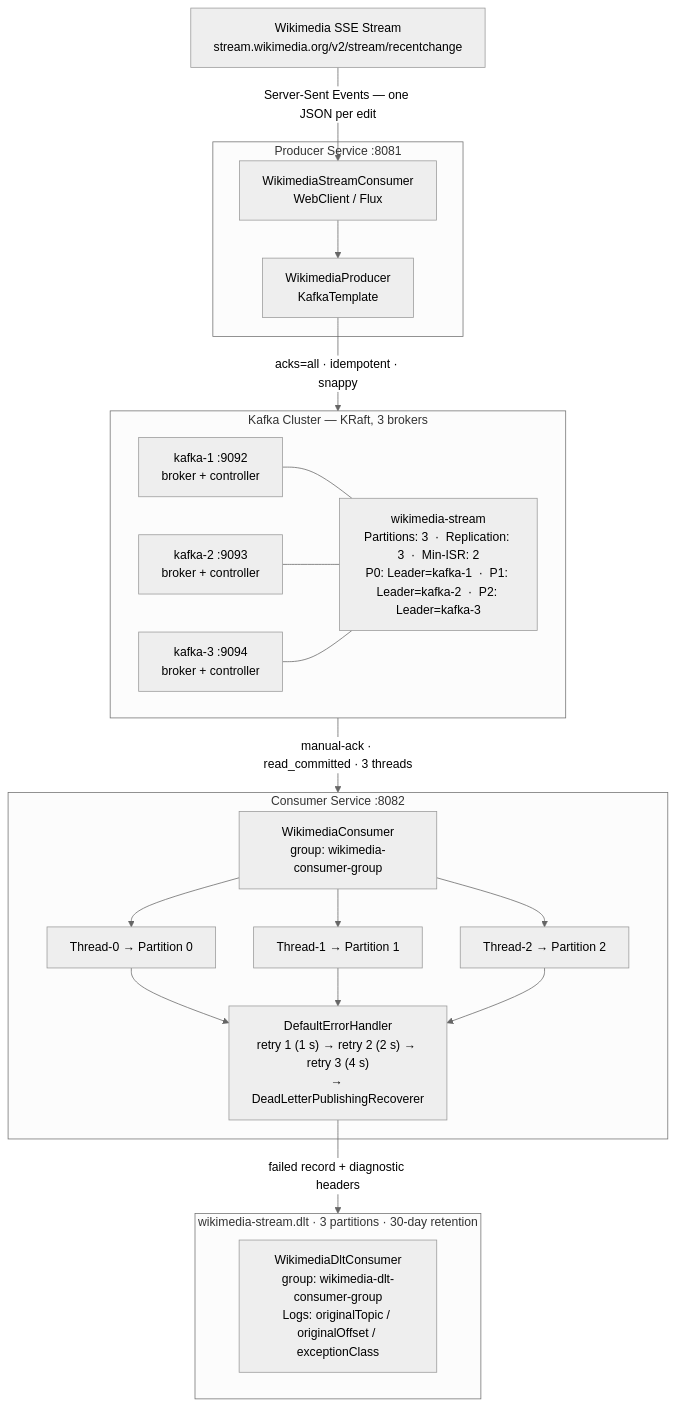
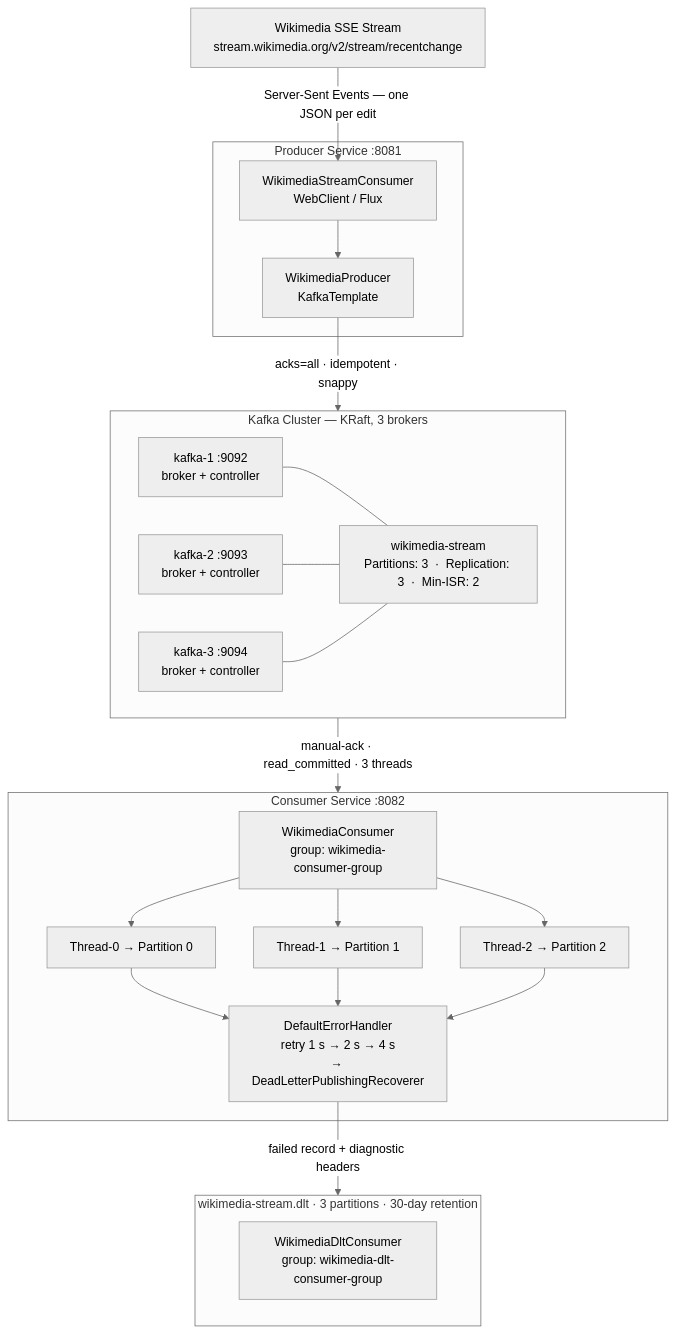
One commit to Dancan254/kafka-springboot changed the diagram in README.md. Above: the diagram before and after it, drawn with Mermaid (neutral theme). The commit also changed other lines of this file and 38 other files, not shown here.

````diff
--- a/README.md
+++ b/README.md
@@ -42,40 +17,40 @@
 ```mermaid
 flowchart TD
     SSE["Wikimedia SSE Stream\nstream.wikimedia.org/v2/stream/recentchange"]
 
     subgraph ProducerSvc["Producer Service  :8081"]
         WSC["WikimediaStreamConsumer\nWebClient / Flux"]
         WP["WikimediaProducer\nKafkaTemplate"]
         WSC --> WP
     end
 
     SSE -->|"Server-Sent Events — one JSON per edit"| WSC
 
     subgraph KafkaCluster["Kafka Cluster — KRaft, 3 brokers"]
         K1["kafka-1  :9092\nbroker + controller"]
         K2["kafka-2  :9093\nbroker + controller"]
         K3["kafka-3  :9094\nbroker + controller"]
-        TP["wikimedia-stream\nPartitions: 3  ·  Replication: 3  ·  Min-ISR: 2\nP0: Leader=kafka-1  ·  P1: Leader=kafka-2  ·  P2: Leader=kafka-3"]
+        TP["wikimedia-stream\nPartitions: 3  ·  Replication: 3  ·  Min-ISR: 2"]
         K1 & K2 & K3 --- TP
     end
 
     WP -->|"acks=all · idempotent · snappy"| KafkaCluster
 
     subgraph ConsumerSvc["Consumer Service  :8082"]
         WC["WikimediaConsumer\ngroup: wikimedia-consumer-group"]
         T0["Thread-0 → Partition 0"]
         T1["Thread-1 → Partition 1"]
         T2["Thread-2 → Partition 2"]
-        EH["DefaultErrorHandler\nretry 1 (1 s) → retry 2 (2 s) → retry 3 (4 s)\n→ DeadLetterPublishingRecoverer"]
+        EH["DefaultErrorHandler\nretry 1 s → 2 s → 4 s\n→ DeadLetterPublishingRecoverer"]
         WC --> T0 & T1 & T2
         T0 & T1 & T2 --> EH
     end
 
     KafkaCluster -->|"manual-ack · read_committed · 3 threads"| ConsumerSvc
 
     subgraph DLTTopic["wikimedia-stream.dlt  ·  3 partitions  ·  30-day retention"]
-        DLTC["WikimediaDltConsumer\ngroup: wikimedia-dlt-consumer-group\nLogs: originalTopic / originalOffset / exceptionClass"]
+        DLTC["WikimediaDltConsumer\ngroup: wikimedia-dlt-consumer-group"]
     end
 
     EH -->|"failed record + diagnostic headers"| DLTTopic
 ```
````
